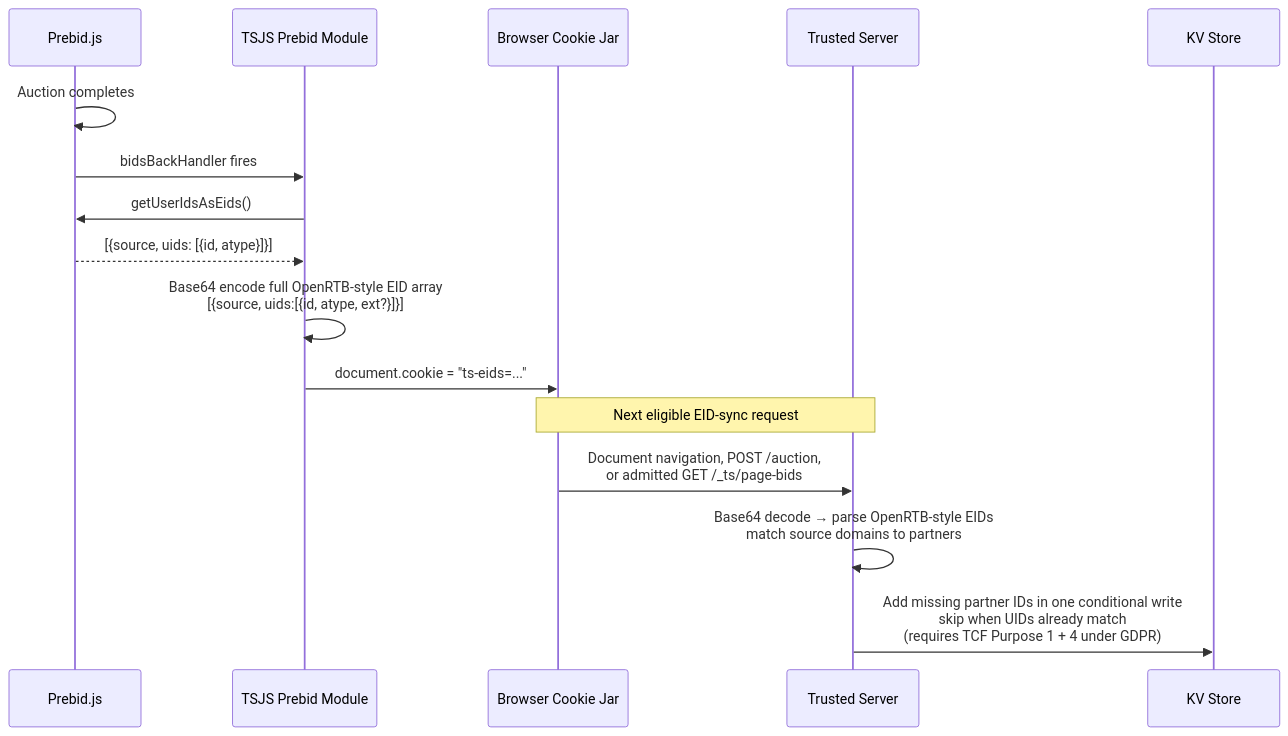
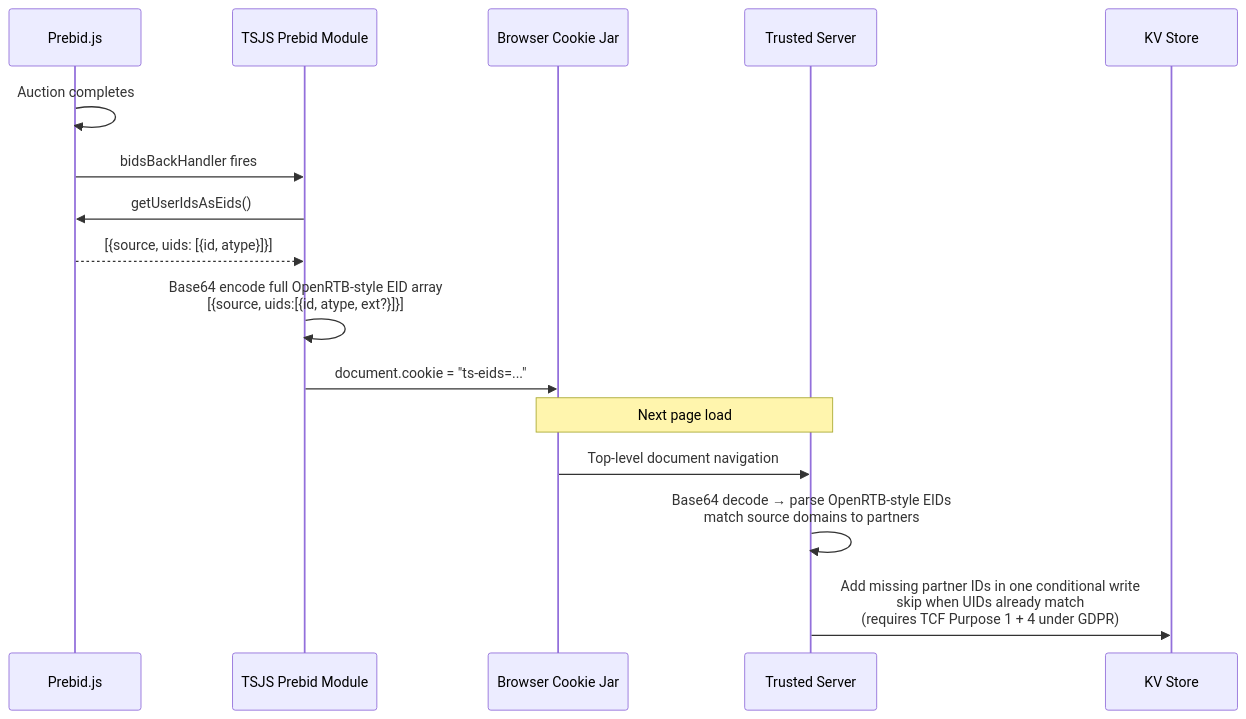
The fifth of 6 diagrams in docs/guide/edge-cookies.md (IABTechLab/trusted-server), drawn with Mermaid before and after one commit. The commit also changed other lines of this file and 1 other file, not shown here.

Commit message:
Document navigation-only browser EID writes and the narrowed TCF vendor gate

````diff
--- a/docs/guide/edge-cookies.md
+++ b/docs/guide/edge-cookies.md
@@ -161,20 +160,20 @@
 ```mermaid
 sequenceDiagram
     participant Prebid as Prebid.js
     participant TSJS as TSJS Prebid Module
     participant B as Browser Cookie Jar
     participant TS as Trusted Server
     participant KV as KV Store
 
     Prebid->>Prebid: Auction completes
     Prebid->>TSJS: bidsBackHandler fires
     TSJS->>Prebid: getUserIdsAsEids()
     Prebid-->>TSJS: [{source, uids: [{id, atype}]}]
     TSJS->>TSJS: Base64 encode full OpenRTB-style EID array<br/>[{source, uids:[{id, atype, ext?}]}]
     TSJS->>B: document.cookie = "ts-eids=..."
 
-    Note over B,TS: Next eligible EID-sync request
-    B->>TS: Document navigation, POST /auction,<br/>or admitted GET /_ts/page-bids
+    Note over B,TS: Next page load
+    B->>TS: Top-level document navigation
     TS->>TS: Base64 decode → parse OpenRTB-style EIDs<br/>match source domains to partners
     TS->>KV: Add missing partner IDs in one conditional write<br/>skip when UIDs already match<br/>(requires TCF Purpose 1 + 4 under GDPR)
 ```
````
